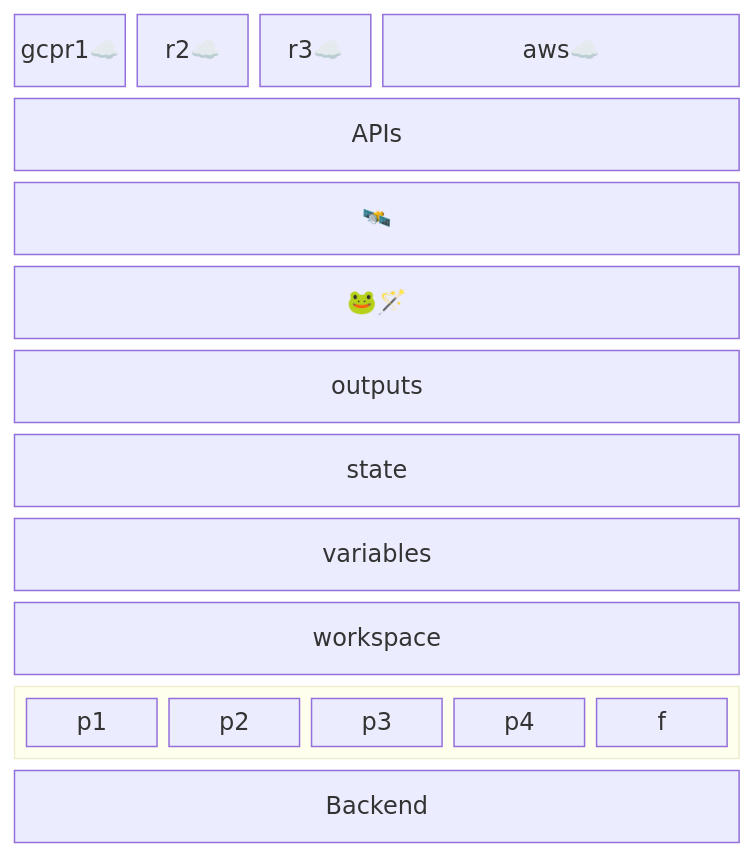
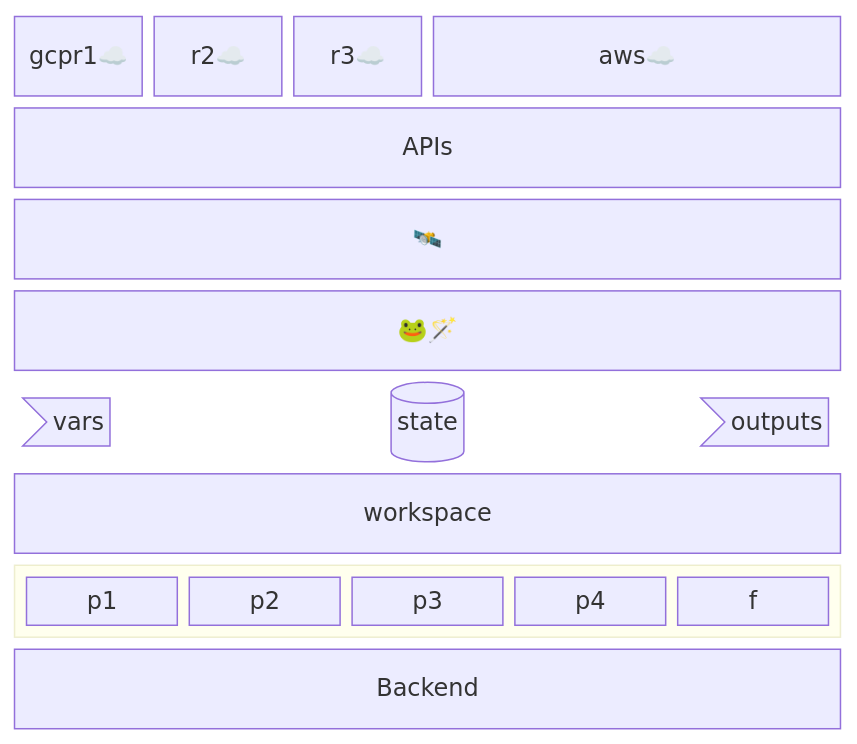
The diagram in devops/terraform-tut.md (sohale/cs-glossaries), drawn with Mermaid before and after one commit.

````diff
--- a/devops/terraform-tut.md
+++ b/devops/terraform-tut.md
@@ -78,28 +78,30 @@
 ```mermaid
 block-beta
   columns 6
   gcpr1☁️ r2☁️ r3☁️ aws☁️:3
   %% resources on cloud providers
   APIs:6
   interwebs["🛰️"]:6
   %% block:group1:6
   %%   columns 2
   %%   h i j k
   %% end
   g["🐸🪄"]:6
   %% block:group2:6
   %%  %% columns auto (default)
   %%  p1 p2 p3  p4 p5 p6
   %% end
-  outputs["outputs"]:6
-  state["state"]:6
-  variables["variables"]:6
+  %% outputs["outputs"]:6
+  vars1>"vars"]:1
+  state1[("state")]:4
+  outs1>"outputs"]:1
+  %% variables["variables"]:6
   workspace["workspace"]:6
   block:group3:6
     columns 5
     %%  The width of the columns is determined by the widest block
     %% pp["provider plugins"]:1
     p1:1 p2:1 p3:1 p4:1 f:1
   end
   Backend:6
 ```
````
